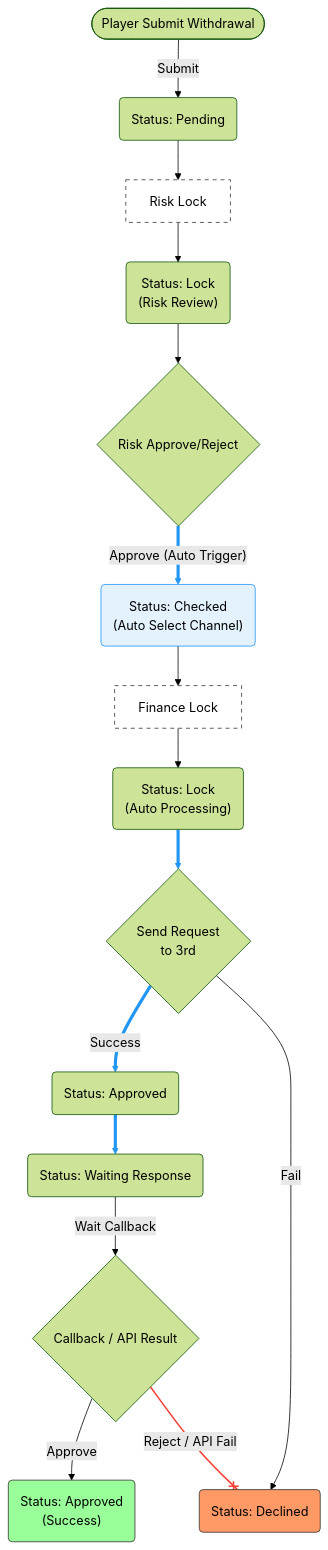
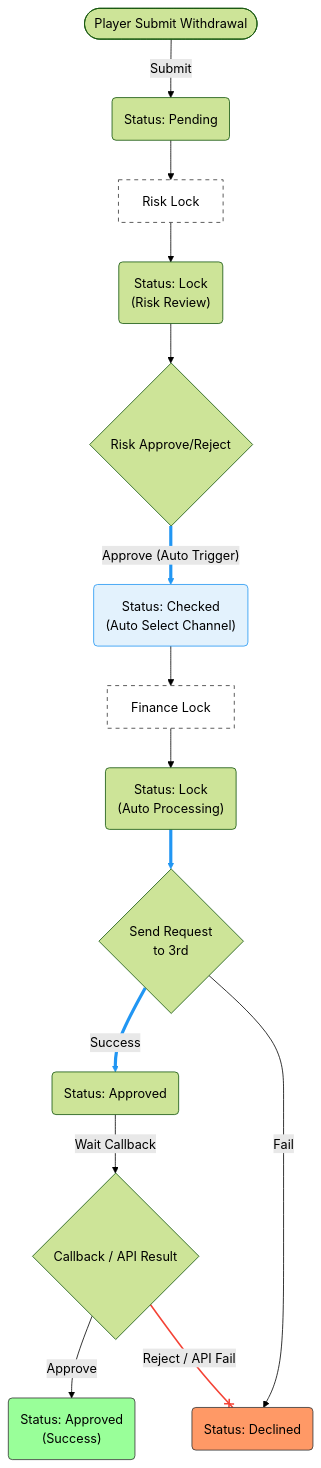
Before and after one commit to almightyken0425/SuSuGiGiSpec: the second of 2 diagrams in no99_archive/sitflowchart.md, drawn with Mermaid (forest theme). The commit also changed other lines of this file, not shown here.

````diff
--- a/no99_archive/sitflowchart.md
+++ b/no99_archive/sitflowchart.md
@@ -92,78 +89,74 @@
 ```mermaid
 graph TD
     %% 節點定義
     StartAuto(["Player Submit Withdrawal"])
     PendingAuto("Status: Pending")
     
     RiskLockActionBoxAuto["Risk Lock"]
     RiskLockAuto("Status: Lock<br/>(Risk Review)")
     
     RiskActionAuto{"Risk Approve/Reject"}
     ApproveAuto("Status: Checked<br/>(Auto Select Channel)")
     
     FinanceLockActionBoxAuto["Finance Lock"]
     FinanceLockAuto("Status: Lock<br/>(Auto Processing)")
     
     RequestActionAuto{"Send Request<br/>to 3rd"}
     FinanceApprovedAuto("Status: Approved")
-    WaitResponseAuto("Status: Waiting Response")
 
     DeclineAuto("Status: Declined")
     SuccessAuto("Status: Approved<br/>(Success)")
     CallbackAuto{"Callback / API Result"}
 
     StartAuto -->|"Submit"| PendingAuto
     
     PendingAuto --> RiskLockActionBoxAuto
     RiskLockActionBoxAuto --> RiskLockAuto
     
     RiskLockAuto --> RiskActionAuto
     
     %% 高亮自動化路徑
     RiskActionAuto ==>|"Approve (Auto Trigger)"| ApproveAuto
     
     ApproveAuto --> FinanceLockActionBoxAuto
     FinanceLockActionBoxAuto --> FinanceLockAuto
     
     FinanceLockAuto ==> RequestActionAuto
     
     RequestActionAuto ==>|"Success"| FinanceApprovedAuto
     RequestActionAuto -->|"Fail"| DeclineAuto
     
-    FinanceApprovedAuto ==> WaitResponseAuto
-    WaitResponseAuto -->|"Wait Callback"| CallbackAuto
+    FinanceApprovedAuto -->|"Wait Callback"| CallbackAuto
 
     CallbackAuto -->|"Approve"| SuccessAuto
     
     %% 高亮報廢路徑
     CallbackAuto --x|"Reject / API Fail"| DeclineAuto
 
     %% 樣式與連結美化
     %% linkStyle 索引 (基於連接線出現順序):
     %% 0: StartAuto -> PendingAuto
     %% 1: PendingAuto -> RiskLockActionBoxAuto
     %% 2: RiskLockActionBoxAuto -> RiskLockAuto
     %% 3: RiskLockAuto -> RiskActionAuto
     %% 4: RiskActionAuto ==> ApproveAuto
     %% 5: ApproveAuto --> FinanceLockActionBoxAuto
     %% 6: FinanceLockActionBoxAuto --> FinanceLockAuto
     %% 7: FinanceLockAuto ==> RequestActionAuto
     %% 8: RequestActionAuto ==> FinanceApprovedAuto
     %% 9: RequestActionAuto --> DeclineAuto
-    %% 10: FinanceApprovedAuto ==> WaitResponseAuto
-    %% 11: WaitResponseAuto --> CallbackAuto
-    %% 12: CallbackAuto --> SuccessAuto
-    %% 13: CallbackAuto --x DeclineAuto
+    %% 10: FinanceApprovedAuto --> CallbackAuto
+    %% 11: CallbackAuto --> SuccessAuto
+    %% 12: CallbackAuto --x DeclineAuto
 
     linkStyle 4 stroke:#2196f3,stroke-width:4px;
     linkStyle 7 stroke:#2196f3,stroke-width:4px;
     linkStyle 8 stroke:#2196f3,stroke-width:4px;
-    linkStyle 10 stroke:#2196f3,stroke-width:4px;
-    linkStyle 13 stroke:#f44336,stroke-width:2px;
+    linkStyle 12 stroke:#f44336,stroke-width:2px;
 
     style DeclineAuto fill:#f96,stroke:#333
     style SuccessAuto fill:#9f9,stroke:#333
     style ApproveAuto fill:#e3f2fd,stroke:#2196f3
     style RiskLockActionBoxAuto fill:#fff,stroke:#333,stroke-dasharray: 5 5
     style FinanceLockActionBoxAuto fill:#fff,stroke:#333,stroke-dasharray: 5 5
 ```
````
